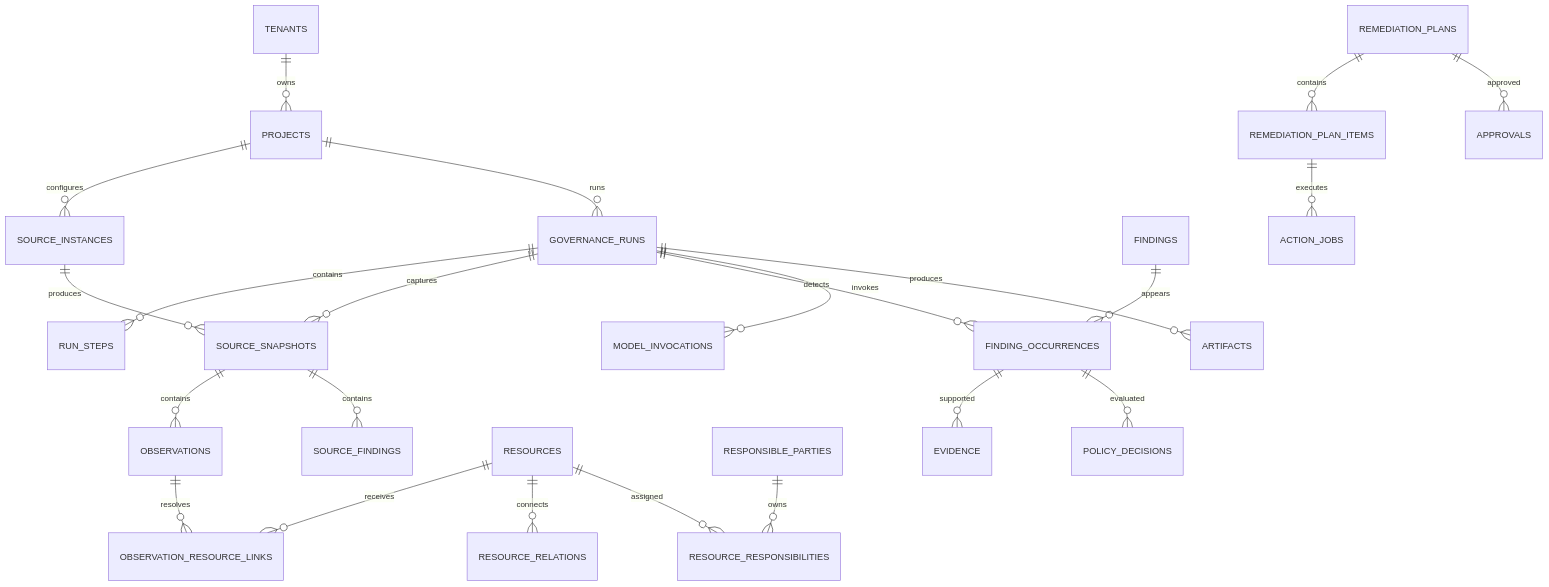
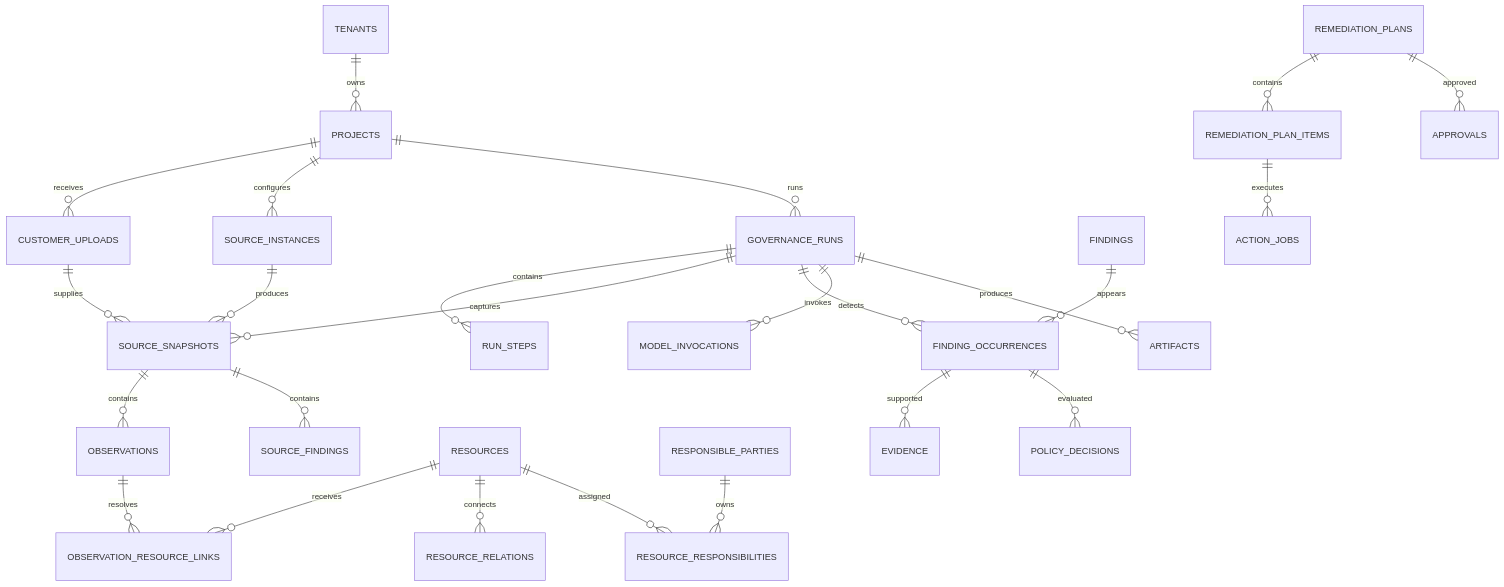
One commit to Notyet1307/Exposure-Agent changed the third of 3 diagrams in docs/architecture/commercial-function-and-data-architecture-v0.1.md. Above: the diagram before and after it, drawn with Mermaid. The commit also changed other lines of this file and 4 other files, not shown here.

````diff
--- a/docs/architecture/commercial-function-and-data-architecture-v0.1.md
+++ b/docs/architecture/commercial-function-and-data-architecture-v0.1.md
@@ -486,25 +546,27 @@
 ```mermaid
 erDiagram
     TENANTS ||--o{ PROJECTS : owns
+    PROJECTS ||--o{ CUSTOMER_UPLOADS : receives
     PROJECTS ||--o{ SOURCE_INSTANCES : configures
     PROJECTS ||--o{ GOVERNANCE_RUNS : runs
     GOVERNANCE_RUNS ||--o{ RUN_STEPS : contains
     GOVERNANCE_RUNS ||--o{ SOURCE_SNAPSHOTS : captures
+    CUSTOMER_UPLOADS ||--o{ SOURCE_SNAPSHOTS : supplies
     SOURCE_INSTANCES ||--o{ SOURCE_SNAPSHOTS : produces
     SOURCE_SNAPSHOTS ||--o{ OBSERVATIONS : contains
     SOURCE_SNAPSHOTS ||--o{ SOURCE_FINDINGS : contains
     OBSERVATIONS ||--o{ OBSERVATION_RESOURCE_LINKS : resolves
     RESOURCES ||--o{ OBSERVATION_RESOURCE_LINKS : receives
     RESOURCES ||--o{ RESOURCE_RELATIONS : connects
     RESOURCES ||--o{ RESOURCE_RESPONSIBILITIES : assigned
     RESPONSIBLE_PARTIES ||--o{ RESOURCE_RESPONSIBILITIES : owns
     FINDINGS ||--o{ FINDING_OCCURRENCES : appears
     GOVERNANCE_RUNS ||--o{ FINDING_OCCURRENCES : detects
     FINDING_OCCURRENCES ||--o{ EVIDENCE : supported
     FINDING_OCCURRENCES ||--o{ POLICY_DECISIONS : evaluated
     GOVERNANCE_RUNS ||--o{ MODEL_INVOCATIONS : invokes
     GOVERNANCE_RUNS ||--o{ ARTIFACTS : produces
     REMEDIATION_PLANS ||--o{ REMEDIATION_PLAN_ITEMS : contains
     REMEDIATION_PLANS ||--o{ APPROVALS : approved
     REMEDIATION_PLAN_ITEMS ||--o{ ACTION_JOBS : executes
 ```
````
